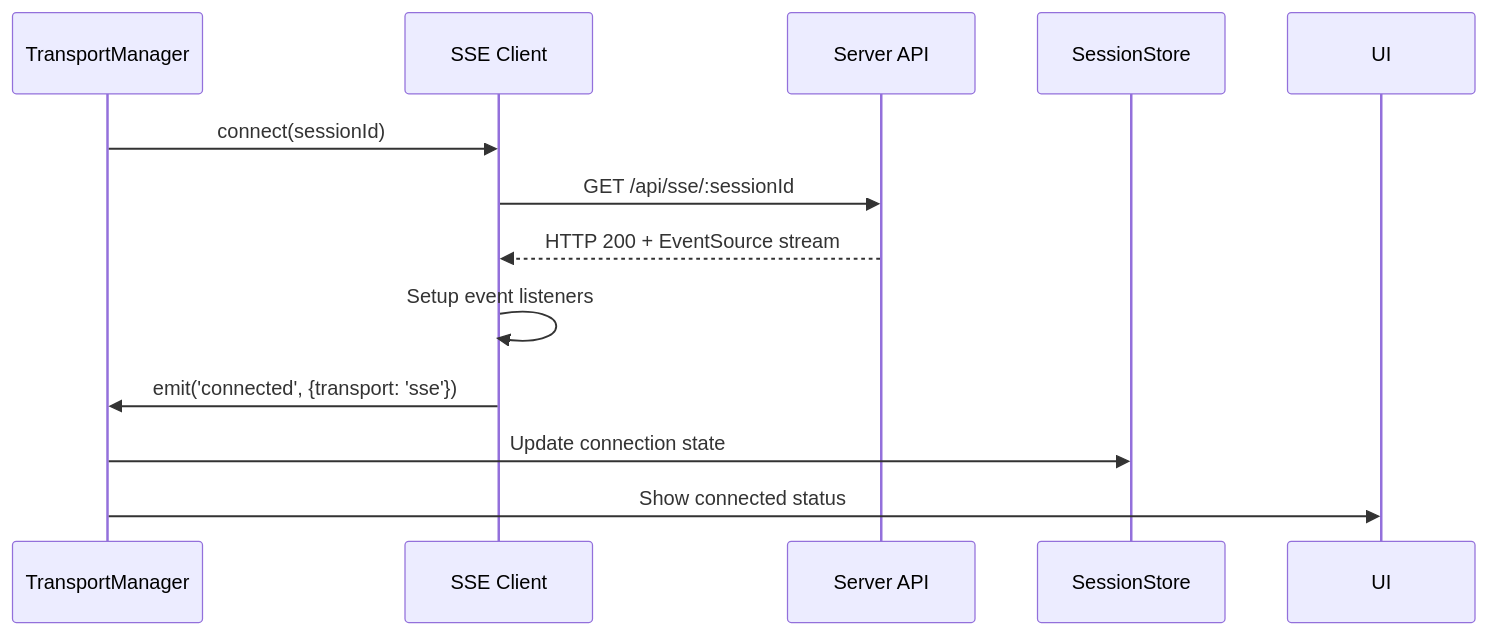
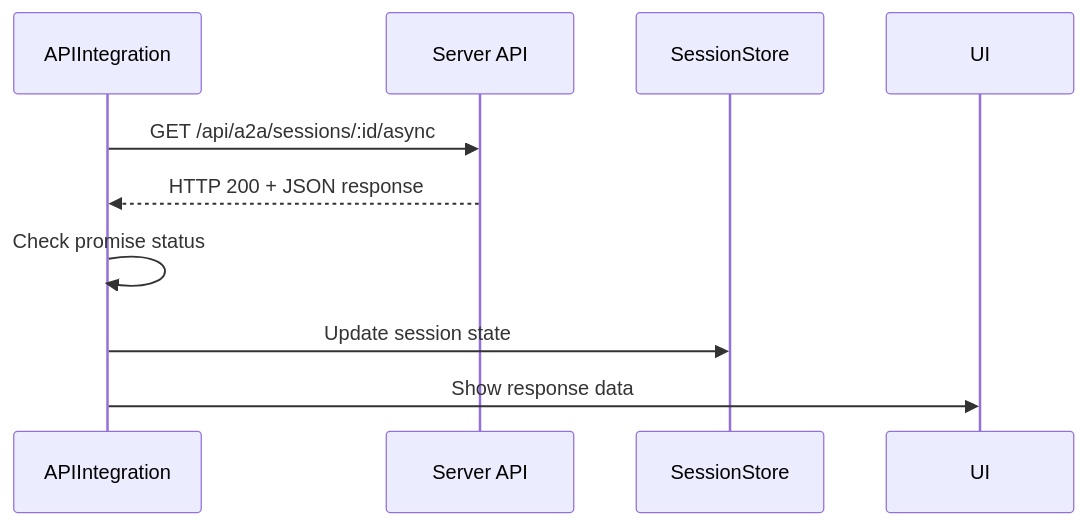
Before and after one commit to donkeyhotshow/a2a-script-agent-autonomy: the second of 5 diagrams in a2a-client/docs/workflows/communication/README.md, drawn with Mermaid. The commit also changed other lines of this file and 257 other files, not shown here.

````diff
--- a/a2a-client/docs/workflows/communication/README.md
+++ b/a2a-client/docs/workflows/communication/README.md
@@ -37,15 +38,12 @@
 ```mermaid
 sequenceDiagram
-    participant TM as TransportManager
-    participant SSE as SSE Client
+    participant AI as APIIntegration
     participant API as Server API
     participant SS as SessionStore
 
-    TM->>SSE: connect(sessionId)
-    SSE->>API: GET /api/sse/:sessionId
-    API-->>SSE: HTTP 200 + EventSource stream
-    SSE->>SSE: Setup event listeners
-    SSE->>TM: emit('connected', {transport: 'sse'})
-    TM->>SS: Update connection state
-    TM->>UI: Show connected status
+    AI->>API: GET /api/a2a/sessions/:id/async
+    API-->>AI: HTTP 200 + JSON response
+    AI->>AI: Check promise status
+    AI->>SS: Update session state
+    AI->>UI: Show response data
 ```
````
